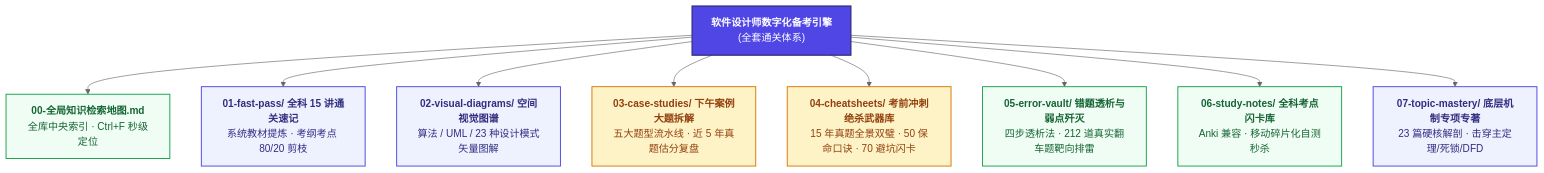
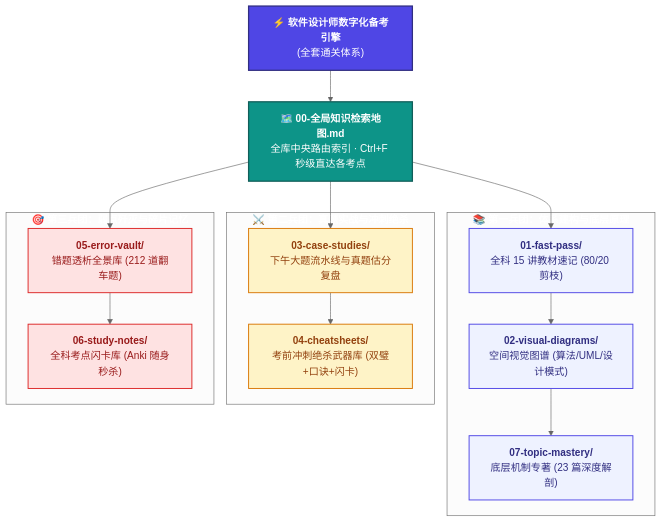
One commit to cpsa3/software-designer-fast-pass changed the diagram in README.md. Above: the diagram before and after it, drawn with Mermaid (neutral theme). The commit also changed other lines of this file, not shown here.

Commit message:
style(readme): 重构8大模块架构拓扑为3兵团纵深布局，增加模块职能大表，替换路线图为高可读响应式卡片

````diff
--- a/README.md
+++ b/README.md
@@ -70,19 +70,36 @@
 ```mermaid
 flowchart TD
     classDef root fill:#4F46E5,stroke:#312E81,stroke-width:2px,color:#fff;
-    classDef core fill:#EEF2FF,stroke:#4F46E5,stroke-width:1.5px,color:#312E81;
+    classDef hub fill:#0D9488,stroke:#115E59,stroke-width:2px,color:#fff;
+    classDef base fill:#EEF2FF,stroke:#4F46E5,stroke-width:1.5px,color:#312E81;
     classDef exam fill:#FEF3C7,stroke:#D97706,stroke-width:1.5px,color:#92400E;
-    classDef tool fill:#F0FDF4,stroke:#16A34A,stroke-width:1.5px,color:#166534;
+    classDef vault fill:#FEE2E2,stroke:#DC2626,stroke-width:1.5px,color:#991B1B;
 
-    Root["<b>软件设计师数字化备考引擎</b><br>(全套通关体系)"]:::root
+    Root["<b>⚡ 软件设计师数字化备考引擎</b><br>(全套通关体系)"]:::root
+    Map["<b>🗺️ 00-全局知识检索地图.md</b><br>全库中央路由索引 · Ctrl+F 秒级直达各考点"]:::hub
 
-    Root --> Map["<b>00-全局知识检索地图.md</b><br>全库中央索引 · Ctrl+F 秒级定位"]:::tool
+    Root --> Map
 
-    Root --> M1["<b>01-fast-pass/ 全科 15 讲通关速记</b><br>系统教材提炼 · 考纲考点 80/20 剪枝"]:::core
-    Root --> M2["<b>02-visual-diagrams/ 空间视觉图谱</b><br>算法 / UML / 23 种设计模式矢量图解"]:::core
-    Root --> M3["<b>03-case-studies/ 下午案例大题拆解</b><br>五大题型流水线 · 近 5 年真题估分复盘"]:::exam
-    Root --> M4["<b>04-cheatsheets/ 考前冲刺绝杀武器库</b><br>15 年真题全景双璧 · 50 保命口诀 · 70 避坑闪卡"]:::exam
-    Root --> M5["<b>05-error-vault/ 错题透析与弱点歼灭</b><br>四步透析法 · 212 道真实翻车题靶向排雷"]:::tool
-    Root --> M6["<b>06-study-notes/ 全科考点闪卡库</b><br>Anki 兼容 · 移动碎片化自测秒杀"]:::tool
-    Root --> M7["<b>07-topic-mastery/ 底层机制专项专著</b><br>23 篇硬核解剖 · 击穿主定理/死锁/DFD"]:::core
+    subgraph G1 ["<b>📚 第一兵团：体系建构与底层原理</b>"]
+        M1["<b>01-fast-pass/</b><br>全科 15 讲教材速记 (80/20 剪枝)"]:::base
+        M2["<b>02-visual-diagrams/</b><br>空间视觉图谱 (算法/UML/设计模式)"]:::base
+        M7["<b>07-topic-mastery/</b><br>底层机制专著 (23 篇深度解剖)"]:::base
+        M1 --> M2 --> M7
+    end
+
+    subgraph G2 ["<b>⚔️ 第二兵团：真题实战与冲刺绝杀</b>"]
+        M3["<b>03-case-studies/</b><br>下午大题流水线与真题估分复盘"]:::exam
+        M4["<b>04-cheatsheets/</b><br>考前冲刺绝杀武器库 (双璧+口诀+闪卡)"]:::exam
+        M3 --> M4
+    end
+
+    subgraph G3 ["<b>🎯 第三兵团：弱点歼灭与碎片记忆</b>"]
+        M5["<b>05-error-vault/</b><br>错题透析全景库 (212 道翻车题)"]:::vault
+        M6["<b>06-study-notes/</b><br>全科考点闪卡库 (Anki 随身秒杀)"]:::vault
+        M5 --> M6
+    end
+
+    Map --> M1
+    Map --> M3
+    Map --> M5
 ```
````
